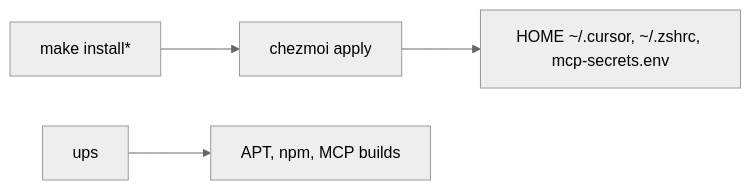
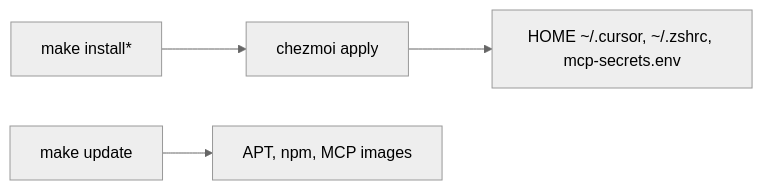
Before and after one commit to jesuserro/dotfiles: the diagram in README.md, drawn with Mermaid (neutral theme). The commit also changed other lines of this file and 63 other files, not shown here.

First line of the commit message:
refactor(dotfiles): transition from ups to make update for system maintenance

````diff
--- a/README.md
+++ b/README.md
@@ -25,6 +25,6 @@
 ```mermaid
 flowchart LR
     bootstrap["make install*"] --> chezmoi["chezmoi apply"]
     chezmoi --> home["HOME ~/.cursor, ~/.zshrc, mcp-secrets.env"]
-    ups["ups"] --> tools["APT, npm, MCP builds"]
+    update["make update"] --> tools["APT, npm, MCP images"]
 ```
````
